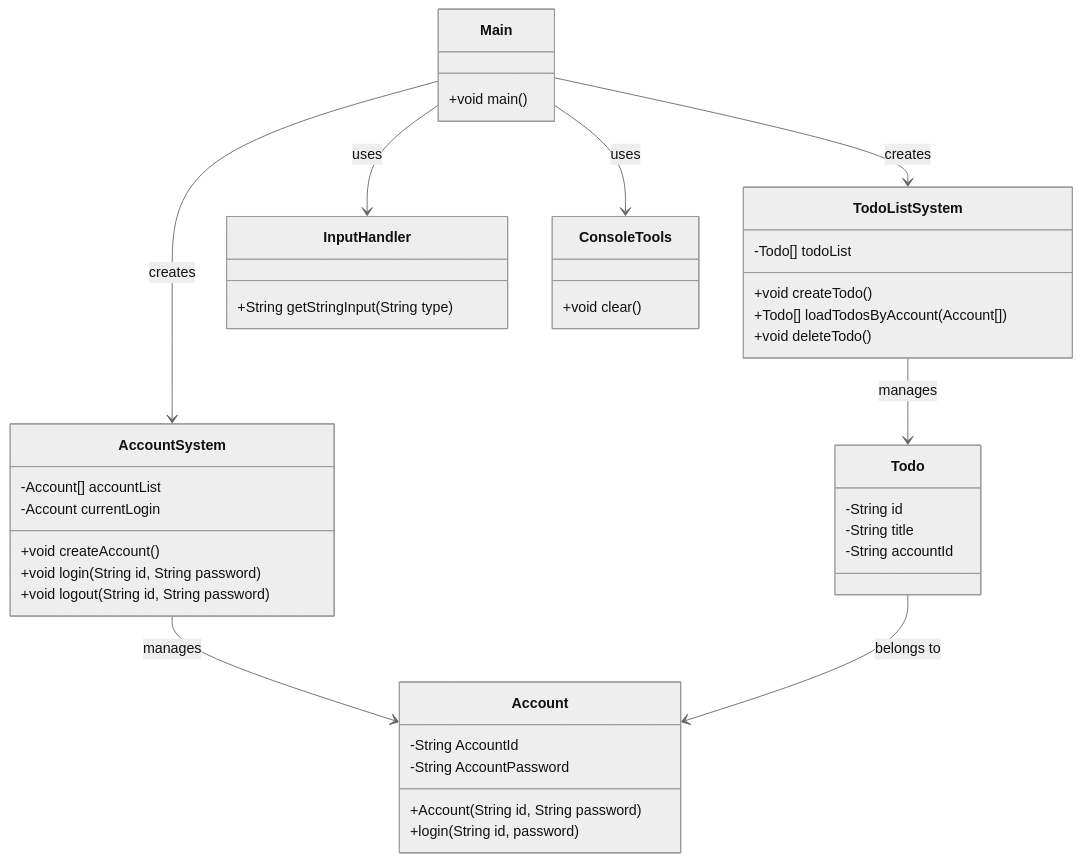
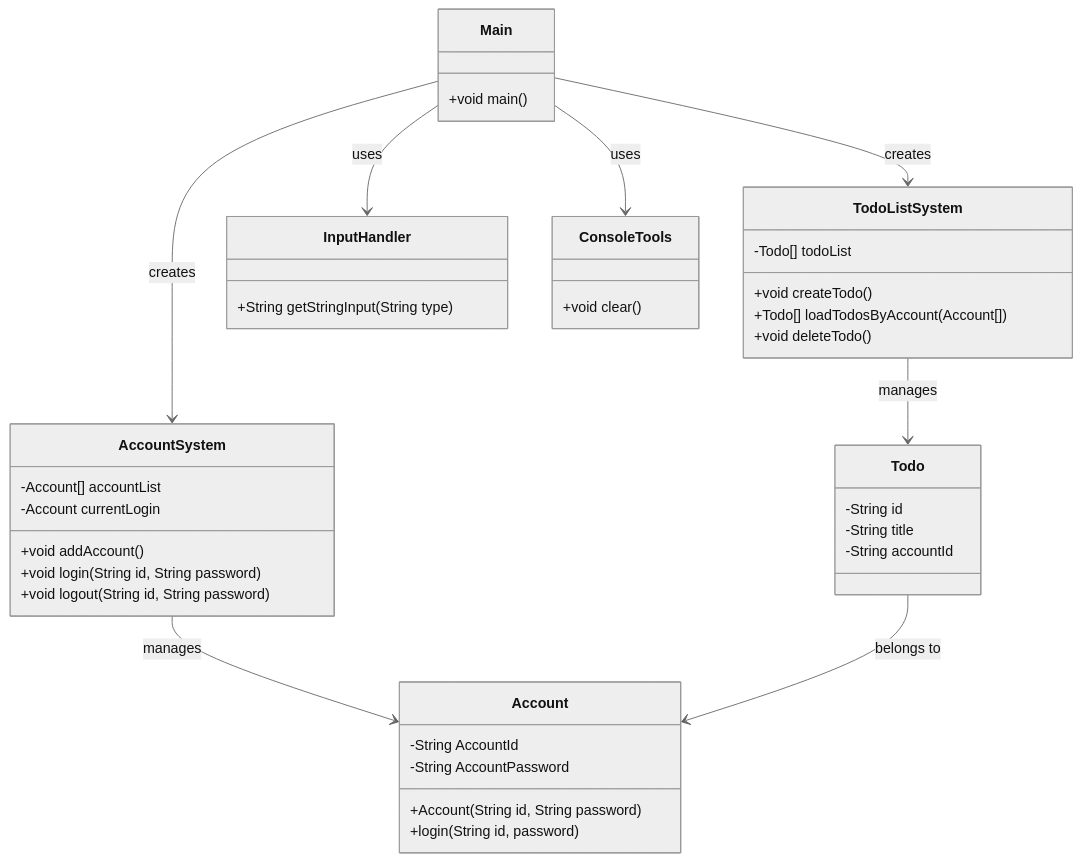
One commit to gwongibeom/java_scratch changed the diagram in src/TodoListWithAccountSystem/todo-list-class-diagram.mermaid. Above: the diagram before and after it, drawn with Mermaid (neutral theme). The commit also changed 1 other file, not shown here.

Commit message:
(개발) Account 클래스 createAccount 메소드를 좀더 직관적인 이름으로 변경
- Account createAccount => addAccount

```diff
--- a/src/TodoListWithAccountSystem/todo-list-class-diagram.mermaid
+++ b/src/TodoListWithAccountSystem/todo-list-class-diagram.mermaid
@@ -1,48 +1,48 @@
 classDiagram
     class Todo {
         -String id
         -String title
         -String accountId
     }
 
     class TodoListSystem {
         -Todo[] todoList
         +void createTodo()
         +Todo[] loadTodosByAccount(Account[])
         +void deleteTodo()
     }
 
     class Account {
         -String AccountId
         -String AccountPassword
         +Account(String id, String password)
         +login(String id, password)
     }
 
     class AccountSystem {
         -Account[] accountList
         -Account currentLogin
-        +void createAccount()
+        +void addAccount()
         +void login(String id, String password)
         +void logout(String id, String password)
     }
 
     class InputHandler {
         +String getStringInput(String type)
     }
 
     class ConsoleTools {
         +void clear()
     }
 
     class Main {
         +void main()
     }
 
     Main --> AccountSystem : creates
     Main --> TodoListSystem : creates
     Main --> InputHandler : uses
     Main --> ConsoleTools : uses
     TodoListSystem --> Todo : manages
     AccountSystem --> Account : manages
     Todo --> Account : belongs to
```
